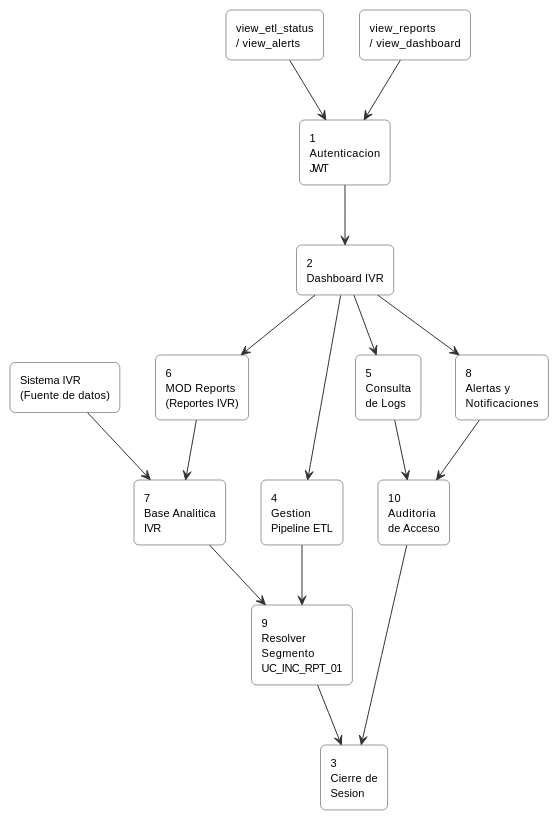
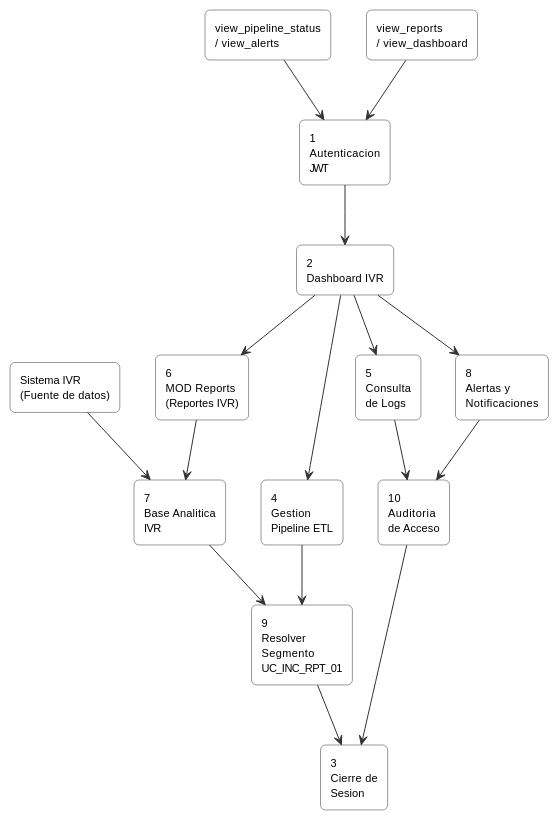
One commit to jcg-admin/IACT-docs changed the first of 3 diagrams in source/arquitectura-tecnica/arquitectura-sistema.rst. Above: the diagram before and after it, drawn with PlantUML. The commit also changed other lines of this file and 157 other files, not shown here.

First line of the commit message:
Enforce catalog function names across all diagrams

```diff
--- a/source/arquitectura-tecnica/arquitectura-sistema.rst
+++ b/source/arquitectura-tecnica/arquitectura-sistema.rst
@@ -103,45 +103,45 @@
 .. uml::
  :caption: Figura 1 — Arquitectura general del Sistema IACT
 
  @startuml
  skinparam rectangle {
    RoundCorner 10
    BackgroundColor white
    BorderColor #333333
    FontSize 11
  }
  skinparam arrowColor #333333
 
  rectangle "Sistema IVR\n(Fuente de datos)" as IVR
- rectangle "view_etl_status\n/ view_alerts" as SUP
+ rectangle "view_pipeline_status\n/ view_alerts" as SUP
  rectangle "view_reports\n/ view_dashboard" as ANA
 
  rectangle "1\nAutenticacion\nJWT" as P1
  rectangle "2\nDashboard IVR" as P2
  rectangle "3\nCierre de\nSesion" as P3
  rectangle "4\nGestion\nPipeline ETL" as P4
  rectangle "5\nConsulta\nde Logs" as P5
  rectangle "6\nMOD Reports\n(Reportes IVR)" as P6
  rectangle "7\nBase Analitica\nIVR" as P7
  rectangle "8\nAlertas y\nNotificaciones" as P8
  rectangle "9\nResolver\nSegmento\nUC_INC_RPT_01" as P9
  rectangle "10\nAuditoria\nde Acceso" as P10
 
  SUP --> P1
  ANA --> P1
  IVR --> P7
 
  P1 --> P2
  P2 --> P4
  P2 --> P5
  P2 --> P6
  P2 --> P8
  P6 --> P7
  P4 --> P9
  P7 --> P9
  P5 --> P10
  P8 --> P10
  P9 --> P3
  P10 --> P3
 
  @enduml
```
